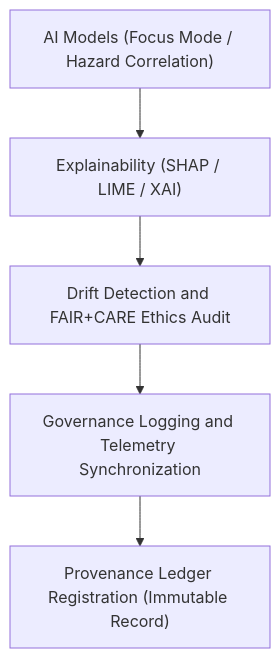
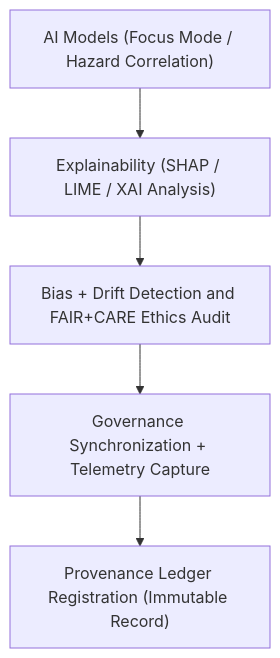
One commit to bartytime4life/Kansas-Frontier-Matrix changed the diagram in data/work/tmp/hazards/logs/ai/README.md. Above: the diagram before and after it, drawn with Mermaid. The commit also changed other lines of this file, not shown here.

````diff
--- a/data/work/tmp/hazards/logs/ai/README.md
+++ b/data/work/tmp/hazards/logs/ai/README.md
@@ -66,7 +67,7 @@
 ```mermaid
 flowchart TD
-    A["AI Models (Focus Mode / Hazard Correlation)"] --> B["Explainability (SHAP / LIME / XAI)"]
-    B --> C["Drift Detection and FAIR+CARE Ethics Audit"]
-    C --> D["Governance Logging and Telemetry Synchronization"]
+    A["AI Models (Focus Mode / Hazard Correlation)"] --> B["Explainability (SHAP / LIME / XAI Analysis)"]
+    B --> C["Bias + Drift Detection and FAIR+CARE Ethics Audit"]
+    C --> D["Governance Synchronization + Telemetry Capture"]
     D --> E["Provenance Ledger Registration (Immutable Record)"]
 ```
````
